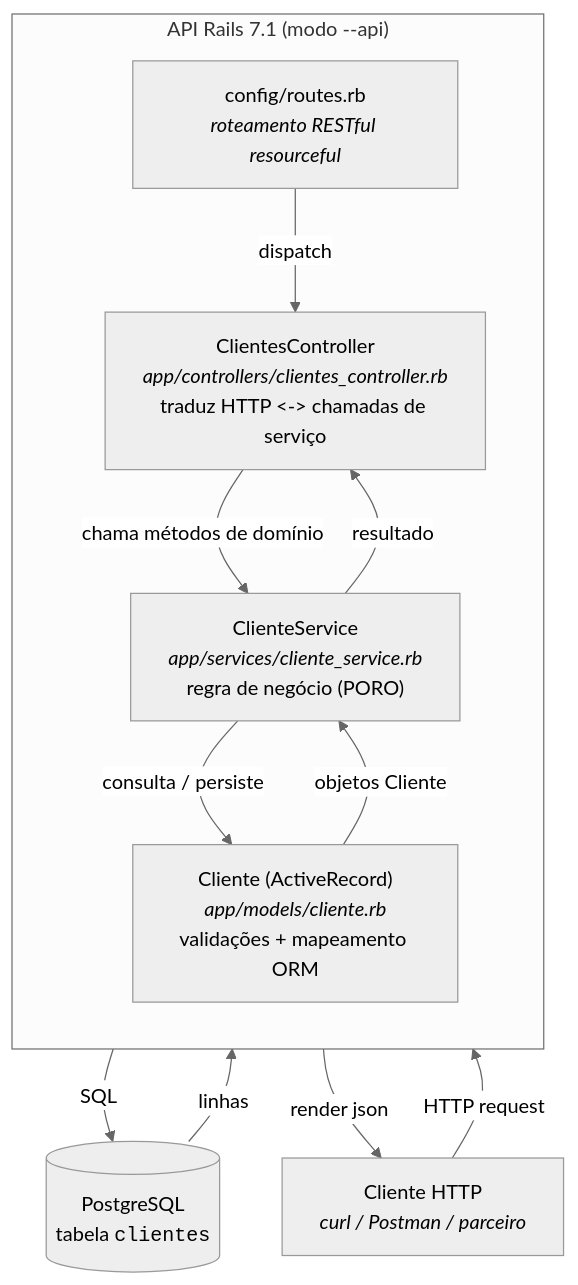
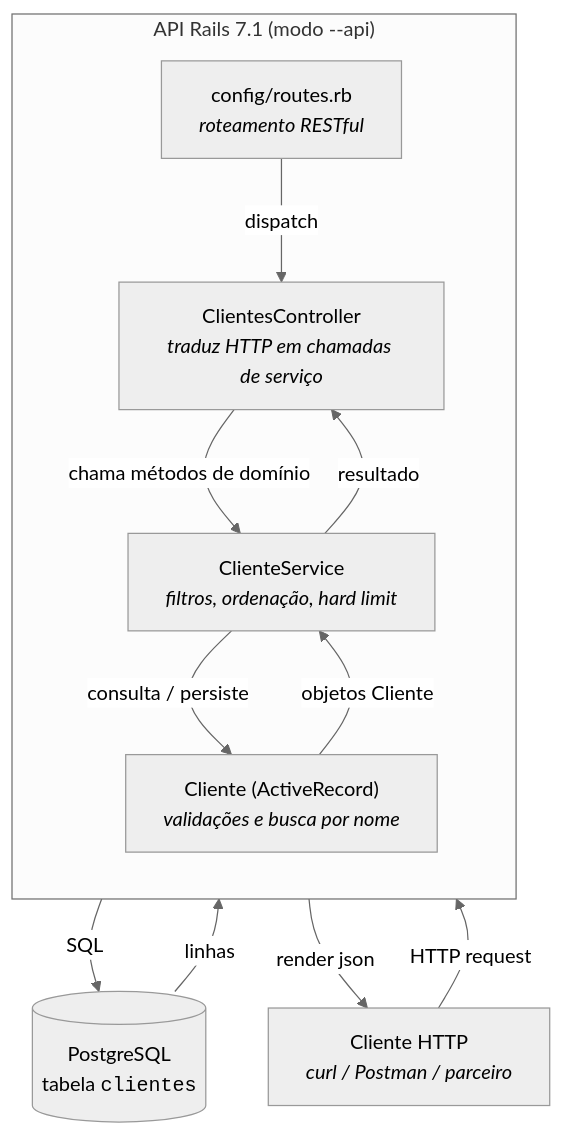
Before and after one commit to ThiagoAlves15/DESF5-2026-3A-ThiagoAlves: the second of 4 diagrams in diagrama.md, drawn with Mermaid (neutral theme). The commit also changed other lines of this file and 2 other files, not shown here.

````diff
--- a/diagrama.md
+++ b/diagrama.md
@@ -29,24 +20,24 @@
 ```mermaid
 graph TD
     client["Cliente HTTP<br/><i>curl / Postman / parceiro</i>"]
 
     subgraph rails["API Rails 7.1 (modo --api)"]
         direction TB
-        routes["config/routes.rb<br/><i>roteamento RESTful resourceful</i>"]
-        controller["ClientesController<br/><i>app/controllers/clientes_controller.rb</i><br/>traduz HTTP &lt;-&gt; chamadas de serviço"]
-        service["ClienteService<br/><i>app/services/cliente_service.rb</i><br/>regra de negócio (PORO)"]
-        model["Cliente (ActiveRecord)<br/><i>app/models/cliente.rb</i><br/>validações + mapeamento ORM"]
+        routes["config/routes.rb<br/><i>roteamento RESTful</i>"]
+        controller["ClientesController<br/><i>traduz HTTP em chamadas de serviço</i>"]
+        service["ClienteService<br/><i>filtros, ordenação, hard limit</i>"]
+        model["Cliente (ActiveRecord)<br/><i>validações e busca por nome</i>"]
     end
 
     db[("PostgreSQL<br/>tabela <code>clientes</code>")]
 
     client -- "HTTP request" --> routes
     routes -- "dispatch" --> controller
     controller -- "chama métodos de domínio" --> service
     service -- "consulta / persiste" --> model
     model -- "SQL" --> db
     db -- "linhas" --> model
     model -- "objetos Cliente" --> service
     service -- "resultado" --> controller
     controller -- "render json" --> client
 ```
````
